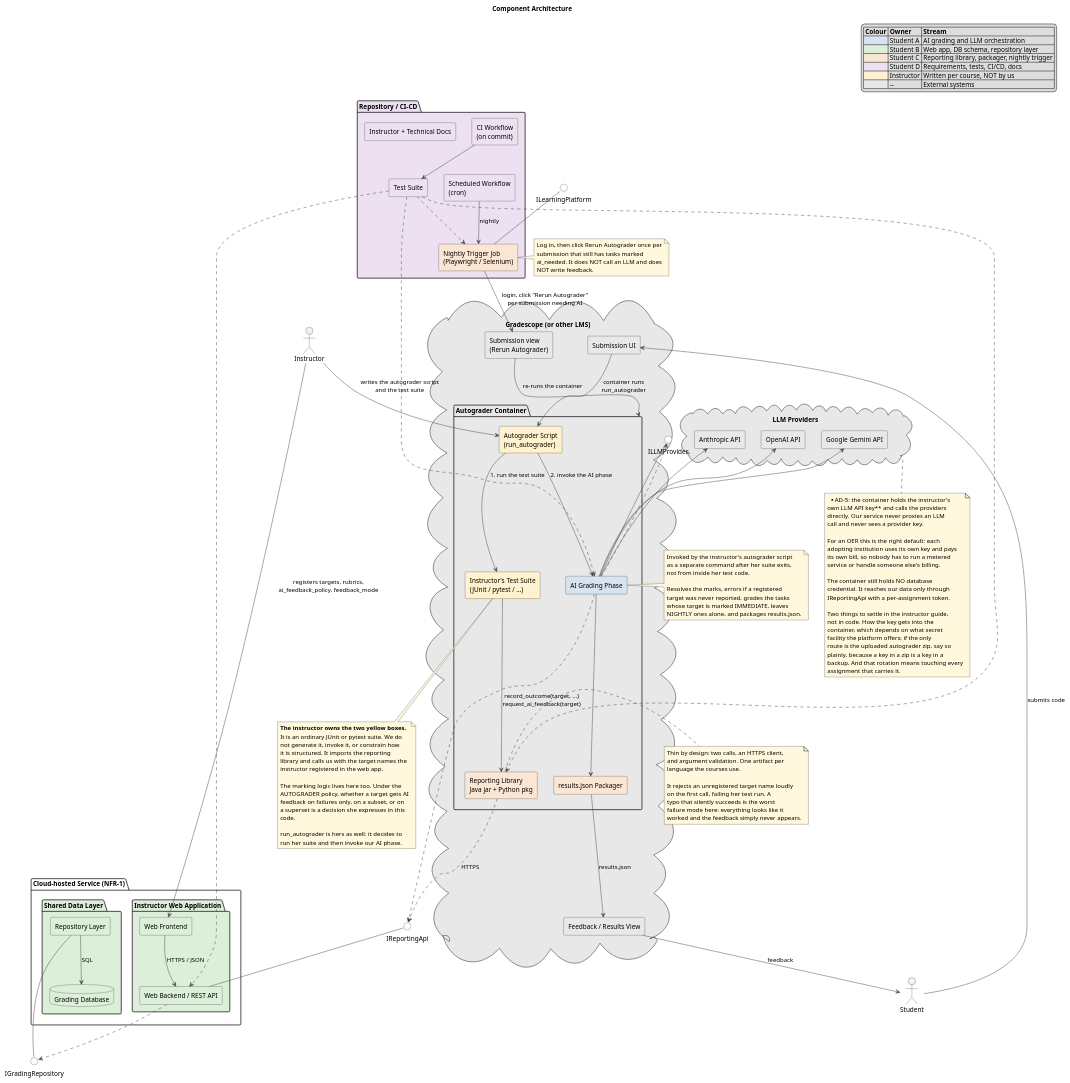
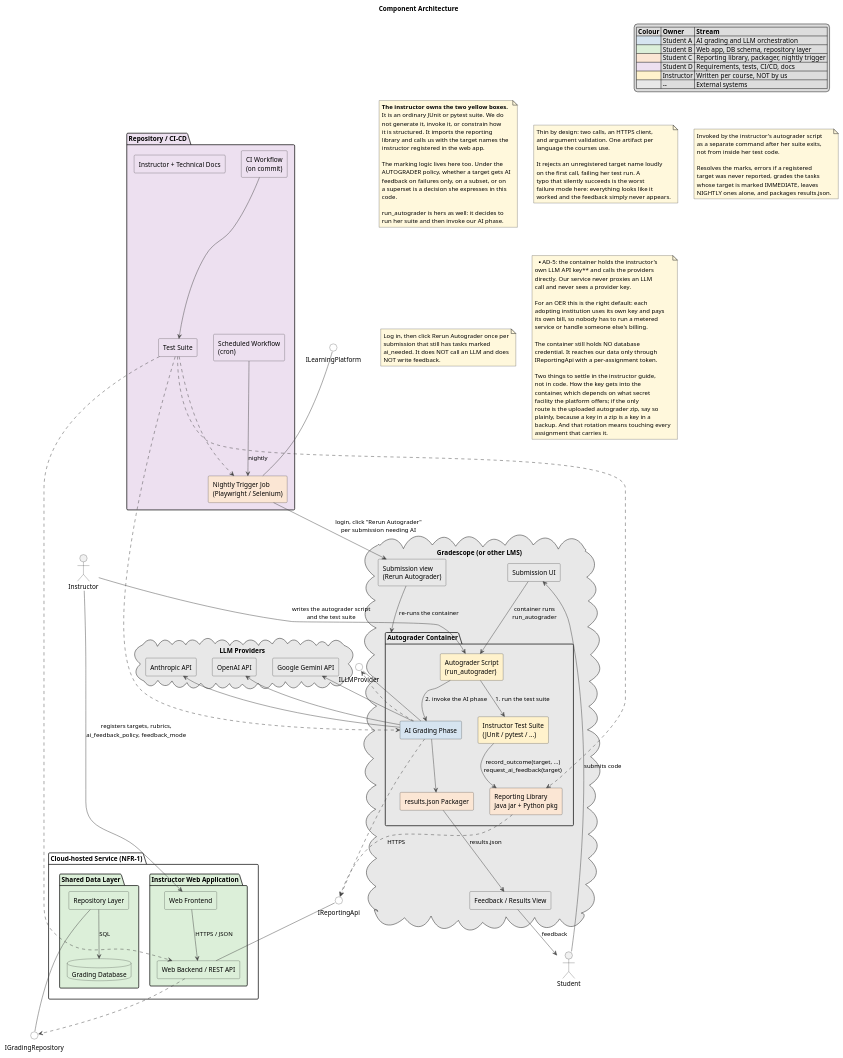
Before and after one commit to AI-Assisted-Autograder/ai-assisted-autograder: the diagram in docs/architecture/01-component.puml, drawn with PlantUML. The commit also changed 6 other files, not shown here.

```diff
--- a/docs/architecture/01-component.puml
+++ b/docs/architecture/01-component.puml
@@ -64,7 +64,7 @@
   package "Autograder Container" as agbox #E8E8E8 {
 
     [Autograder Script\n(run_autograder)] as script #FFF2CC
-    [Instructor's Test Suite\n(JUnit / pytest / ...)] as tests_i #FFF2CC
+    [Instructor Test Suite\n(JUnit / pytest / ...)] as tests_i #FFF2CC
 
     [Reporting Library\nJava jar + Python pkg] as wrapper #FBE6D4
 
@@ -140,7 +140,7 @@
 tests ..> wrapper
 tests ..> trigger
 
-note bottom of tests_i #FFF8DC
+note as N_OWN #FFF8DC
   **The instructor owns the two yellow boxes.**
   It is an ordinary JUnit or pytest suite. We do
   not generate it, invoke it, or constrain how
@@ -158,7 +158,7 @@
   run her suite and then invoke our AI phase.
 end note
 
-note right of wrapper #FFF8DC
+note as N_WRAP #FFF8DC
   Thin by design: two calls, an HTTPS client,
   and argument validation. One artifact per
   language the courses use.
@@ -170,7 +170,7 @@
   worked and the feedback simply never appears.
 end note
 
-note right of aigrade #FFF8DC
+note as N_AIP #FFF8DC
   Invoked by the instructor's autograder script
   as a separate command after her suite exits,
   not from inside her test code.
@@ -181,14 +181,14 @@
   NIGHTLY ones alone, and packages results.json.
 end note
 
-note right of trigger #FFF8DC
+note as N_TRIG #FFF8DC
   Log in, then click Rerun Autograder once per
   submission that still has tasks marked
   ai_needed. It does NOT call an LLM and does
   NOT write feedback.
 end note
 
-note bottom of llms #FFF8DC
+note as N_KEYS #FFF8DC
   **AD-5: the container holds the instructor's
   own LLM API key** and calls the providers
   directly. Our service never proxies an LLM
```
